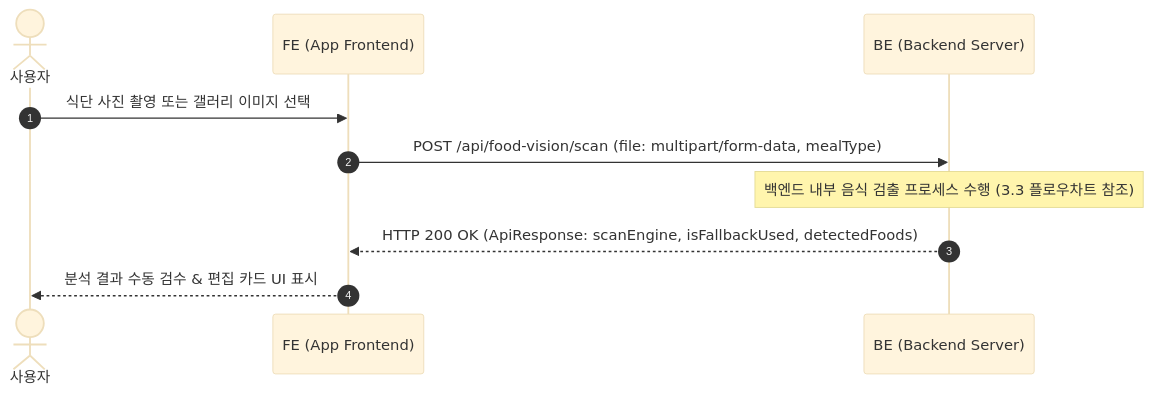
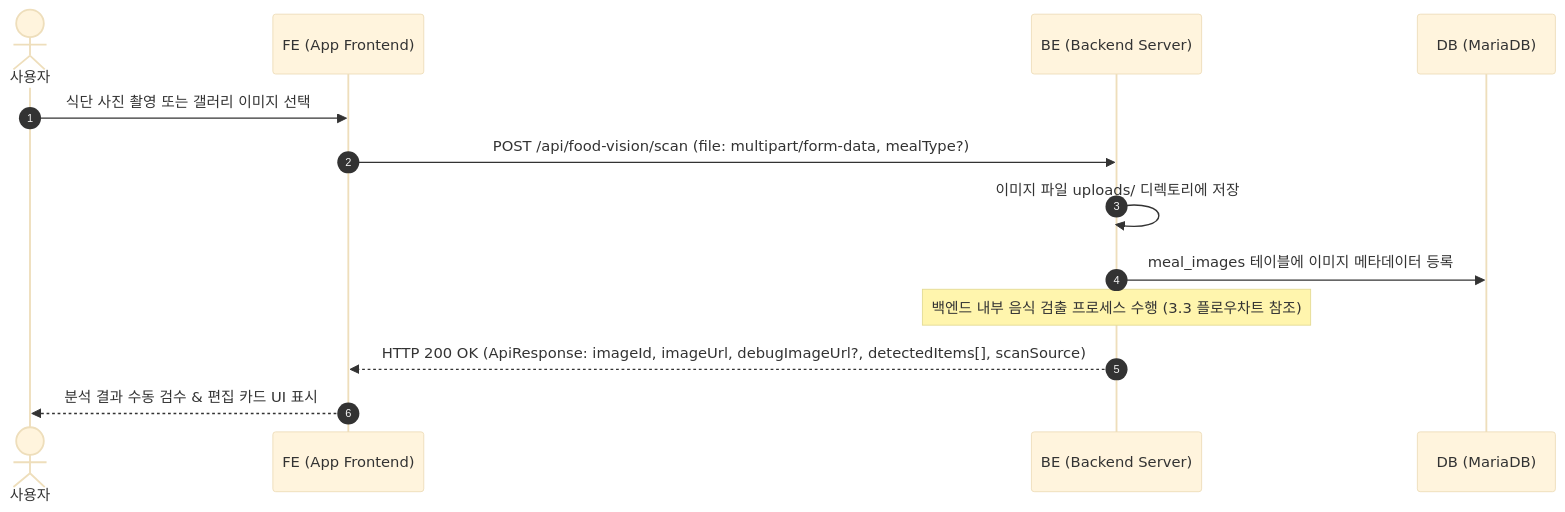
One commit to wooddang-gachon/NASA_backEnd changed the third of 13 diagrams in docs/2. v3/4. Sequence Diagram.md. Above: the diagram before and after it, drawn with Mermaid (base theme). The commit also changed other lines of this file and 67 other files, not shown here.

````diff
--- a/docs/2. v3/4. Sequence Diagram.md
+++ b/docs/2. v3/4. Sequence Diagram.md
@@ -87,13 +103,16 @@
 ```mermaid
 sequenceDiagram
     autonumber
     actor User as 사용자
     participant FE as FE (App Frontend)
     participant BE as BE (Backend Server)
+    participant DB as DB (MariaDB)
 
     User->>FE: 식단 사진 촬영 또는 갤러리 이미지 선택
-    FE->>BE: POST /api/food-vision/scan (file: multipart/form-data, mealType)
+    FE->>BE: POST /api/food-vision/scan (file: multipart/form-data, mealType?)
+    BE->>BE: 이미지 파일 uploads/ 디렉토리에 저장
+    BE->>DB: meal_images 테이블에 이미지 메타데이터 등록
     Note over BE: 백엔드 내부 음식 검출 프로세스 수행 (3.3 플로우차트 참조)
-    BE-->>FE: HTTP 200 OK (ApiResponse: scanEngine, isFallbackUsed, detectedFoods)
+    BE-->>FE: HTTP 200 OK (ApiResponse: imageId, imageUrl, debugImageUrl?, detectedItems[], scanSource)
     FE-->>User: 분석 결과 수동 검수 & 편집 카드 UI 표시
 ```
````
